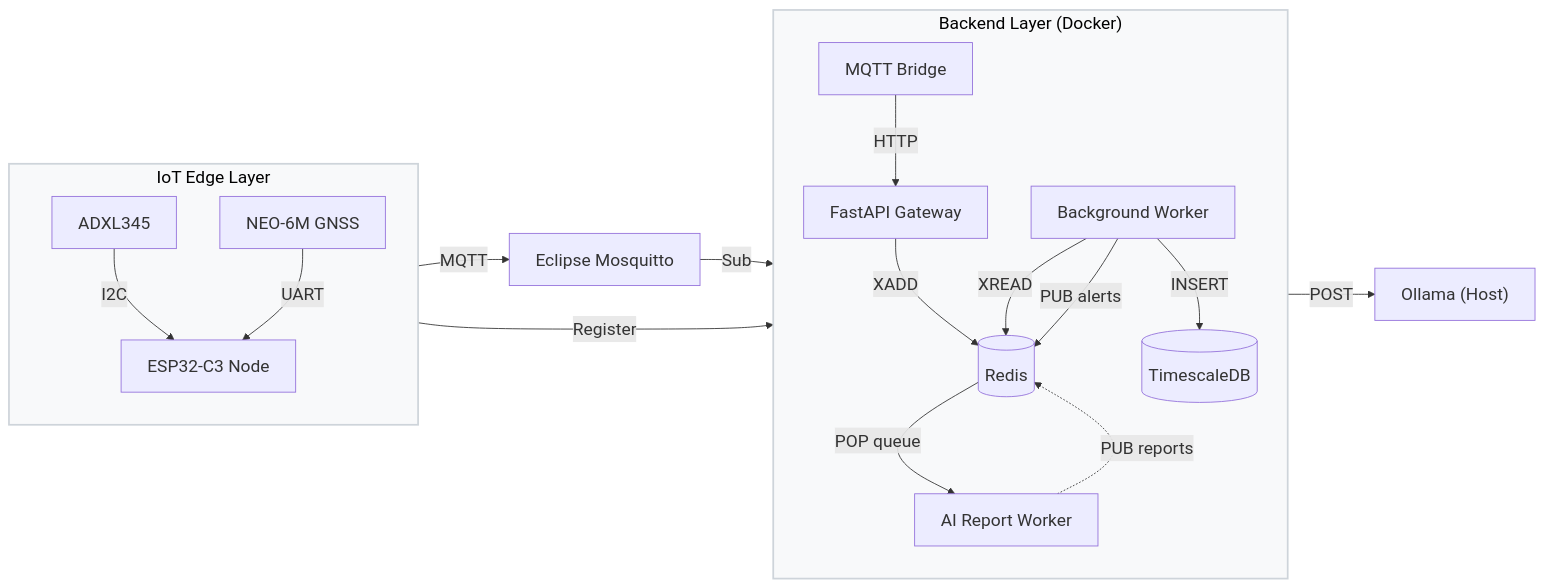
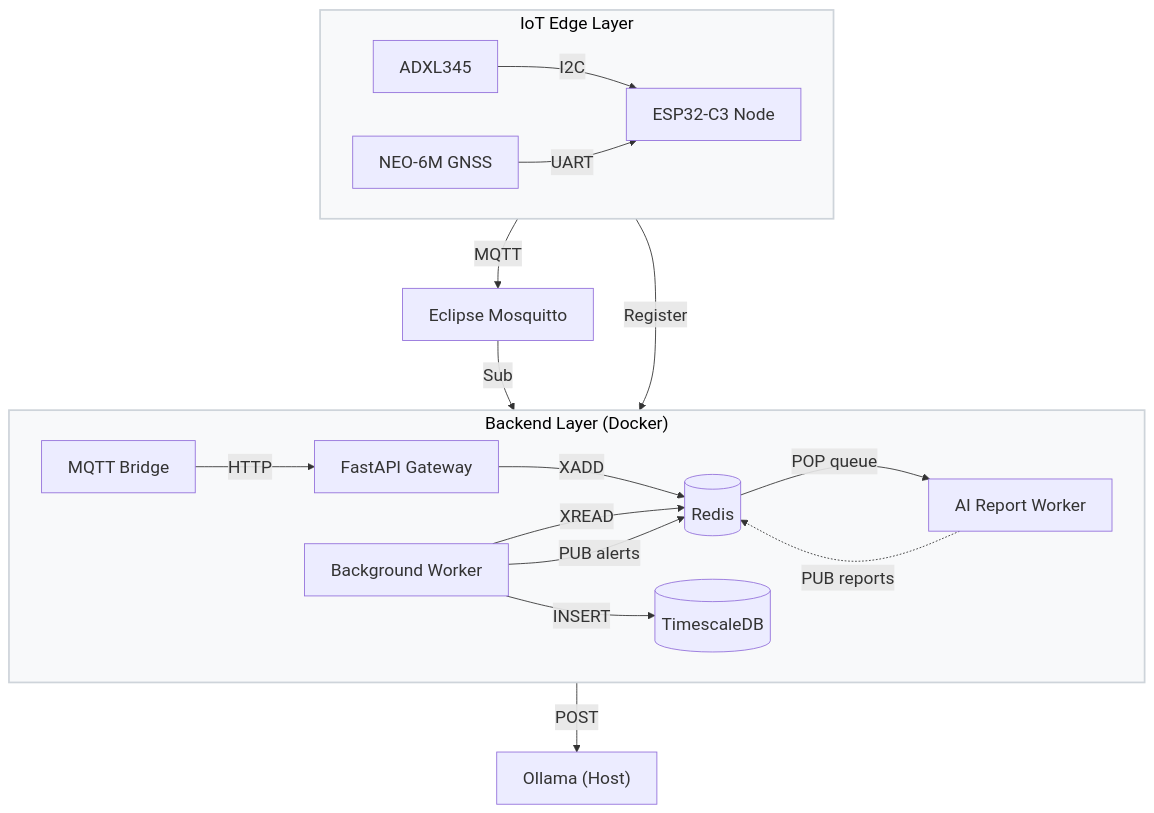
Before and after one commit to GiZano/QuakeGuard: the second of 3 diagrams in docs/diagrams/c4-context.md, drawn with Mermaid. The commit also changed 1 other file, not shown here.

Commit message:
docs(whitepaper): update Figure 2 layout to be compact

````diff
--- a/docs/diagrams/c4-context.md
+++ b/docs/diagrams/c4-context.md
@@ -59,43 +59,43 @@
 ```mermaid
 %%{init: {"themeVariables": {"fontSize": "20px"}}}%%
-flowchart LR
+flowchart TD
     subgraph edge["IoT Edge Layer"]
-        direction TB
+        direction LR
         adxl["ADXL345"]
         gnss["NEO-6M GNSS"]
         esp32["ESP32-C3 Node"]
         adxl -- "I2C" --> esp32
         gnss -- "UART" --> esp32
     end
 
     mosquitto["Eclipse Mosquitto"]
 
     subgraph backend["Backend Layer (Docker)"]
-        direction TB
+        direction LR
         worker["Background Worker"]
         mqtt_bridge["MQTT Bridge"]
         api["FastAPI Gateway"]
         redis[("Redis")]
         ai_worker["AI Report Worker"]
         postgres[("TimescaleDB")]
 
         mqtt_bridge -- "HTTP" --> api
         api -- "XADD" --> redis
         worker -- "XREAD" --> redis
         worker -- "INSERT" --> postgres
         worker -- "PUB alerts" --> redis
         redis -- "POP queue" --> ai_worker
     end
 
     ollama["Ollama (Host)"]
 
     esp32 -- "Register" --> api
     esp32 -- "MQTT" --> mosquitto
     mosquitto -- "Sub" --> mqtt_bridge
 
     ai_worker -- "POST" --> ollama
     ai_worker -. "PUB reports" .-> redis
 
     style edge fill:#f8f9fa,stroke:#ced4da,stroke-width:2px,color:#000
     style backend fill:#f8f9fa,stroke:#ced4da,stroke-width:2px,color:#000
 ```
````
